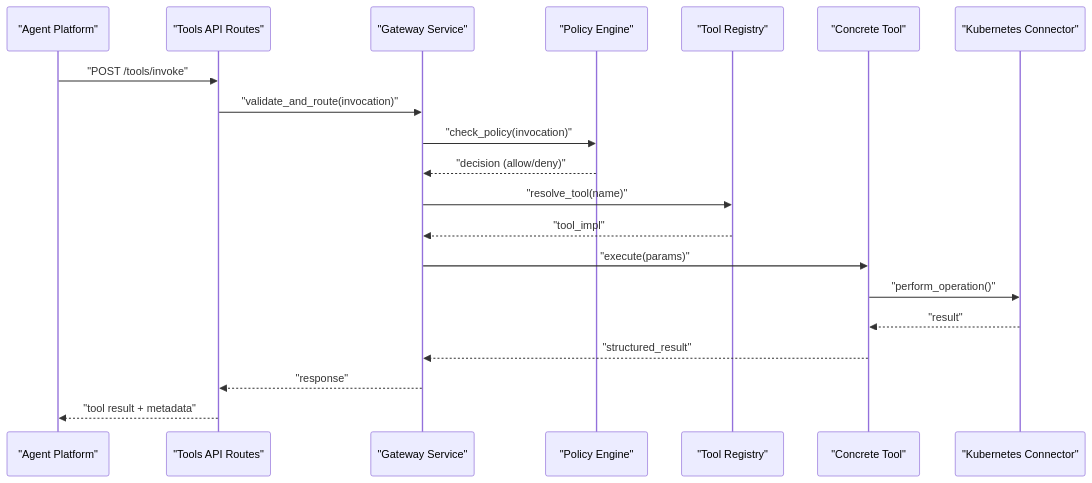
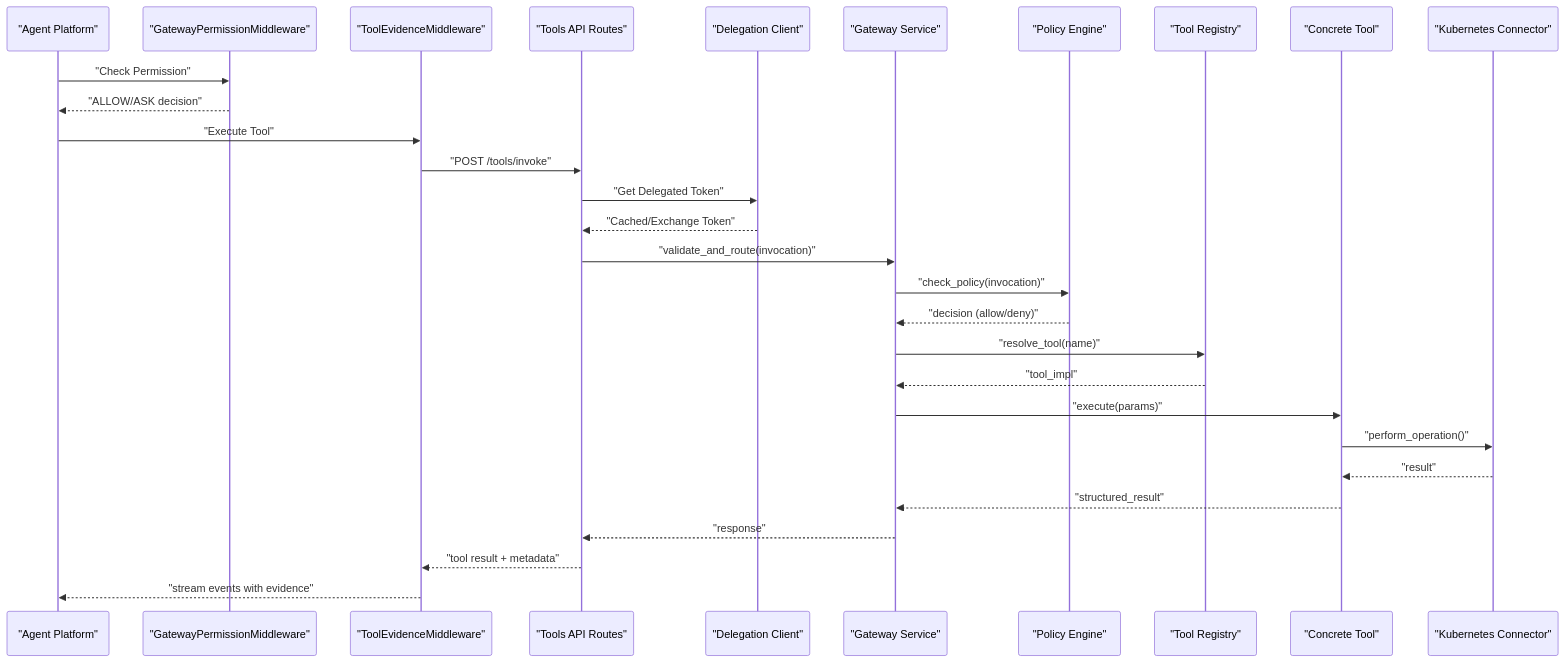
Before and after one commit to metasync/luban-aiops: the second of 8 diagrams in .qoder/repowiki/en/content/Agent Platform Service/Tool Execution Framework.md, drawn with Mermaid. The commit also changed other lines of this file and 25 other files, not shown here.

````diff
--- a/.qoder/repowiki/en/content/Agent Platform Service/Tool Execution Framework.md
+++ b/.qoder/repowiki/en/content/Agent Platform Service/Tool Execution Framework.md
@@ -111,22 +119,31 @@
 ```mermaid
 sequenceDiagram
 participant Agent as "Agent Platform"
+participant PermMW as "GatewayPermissionMiddleware"
+participant EvidenceMW as "ToolEvidenceMiddleware"
 participant GatewayAPI as "Tools API Routes"
+participant Delegation as "Delegation Client"
 participant GatewaySvc as "Gateway Service"
 participant Policy as "Policy Engine"
 participant Registry as "Tool Registry"
 participant Tool as "Concrete Tool"
 participant K8S as "Kubernetes Connector"
-Agent->>GatewayAPI : "POST /tools/invoke"
+Agent->>PermMW : "Check Permission"
+PermMW-->>Agent : "ALLOW/ASK decision"
+Agent->>EvidenceMW : "Execute Tool"
+EvidenceMW->>GatewayAPI : "POST /tools/invoke"
+GatewayAPI->>Delegation : "Get Delegated Token"
+Delegation-->>GatewayAPI : "Cached/Exchange Token"
 GatewayAPI->>GatewaySvc : "validate_and_route(invocation)"
 GatewaySvc->>Policy : "check_policy(invocation)"
 Policy-->>GatewaySvc : "decision (allow/deny)"
 GatewaySvc->>Registry : "resolve_tool(name)"
 Registry-->>GatewaySvc : "tool_impl"
 GatewaySvc->>Tool : "execute(params)"
 Tool->>K8S : "perform_operation()"
 K8S-->>Tool : "result"
 Tool-->>GatewaySvc : "structured_result"
 GatewaySvc-->>GatewayAPI : "response"
-GatewayAPI-->>Agent : "tool result + metadata"
+GatewayAPI-->>EvidenceMW : "tool result + metadata"
+EvidenceMW-->>Agent : "stream events with evidence"
 ```
````
